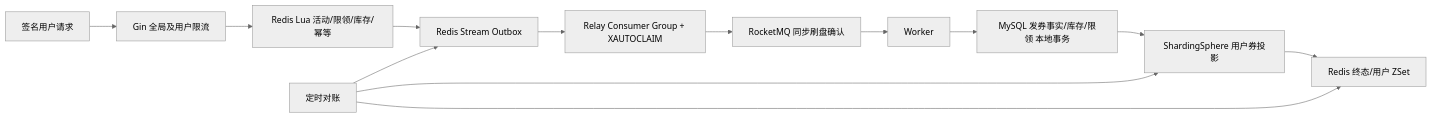
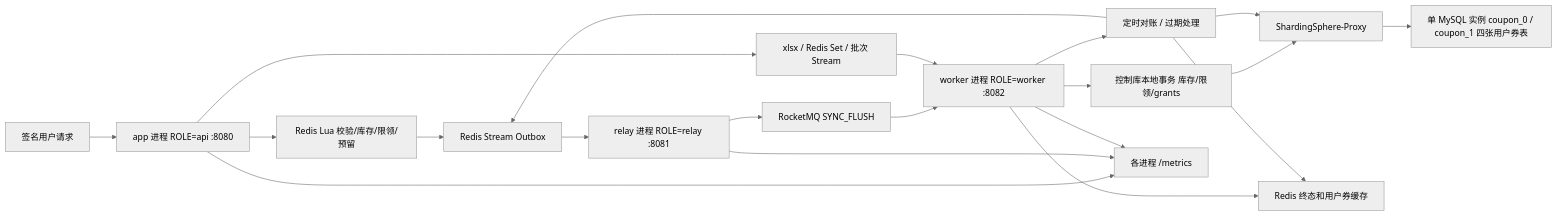
The diagram in docs/ARCHITECTURE.md (1hao1hao/FlashCoupon), drawn with Mermaid (neutral theme) before and after one commit. The commit also changed other lines of this file and 199 other files, not shown here.

````diff
--- a/docs/ARCHITECTURE.md
+++ b/docs/ARCHITECTURE.md
@@ -5,15 +5,22 @@
 ```mermaid
 flowchart LR
-  U[签名用户请求] --> G[Gin 全局及用户限流]
-  G --> L[Redis Lua 活动/限领/库存/幂等]
-  L --> S[Redis Stream Outbox]
-  S --> R[Relay Consumer Group + XAUTOCLAIM]
-  R --> M[RocketMQ 同步刷盘确认]
-  M --> W[Worker]
-  W --> C[MySQL 发券事实/库存/限领 本地事务]
-  C --> P[ShardingSphere 用户券投影]
-  P --> F[Redis 终态/用户 ZSet]
-  D[定时对账] --> S
-  D --> P
-  D --> F
+  U[签名用户请求] --> API[app 进程 ROLE=api :8080]
+  API --> LUA[Redis Lua 校验/库存/限领/预留]
+  LUA --> S[Redis Stream Outbox]
+  S --> R[relay 进程 ROLE=relay :8081]
+  R --> MQ[RocketMQ SYNC_FLUSH]
+  MQ --> W[worker 进程 ROLE=worker :8082]
+  B[xlsx / Redis Set / 批次 Stream] --> W
+  API --> B
+  W --> TX[控制库本地事务 库存/限领/grants]
+  TX --> P[ShardingSphere-Proxy]
+  P --> C[单 MySQL 实例 coupon_0 / coupon_1 四张用户券表]
+  W --> F[Redis 终态和用户券缓存]
+  W --> REC[定时对账 / 过期处理]
+  REC --> S
+  REC --> P
+  REC --> F
+  API --> MET[各进程 /metrics]
+  R --> MET
+  W --> MET
 ```
````
